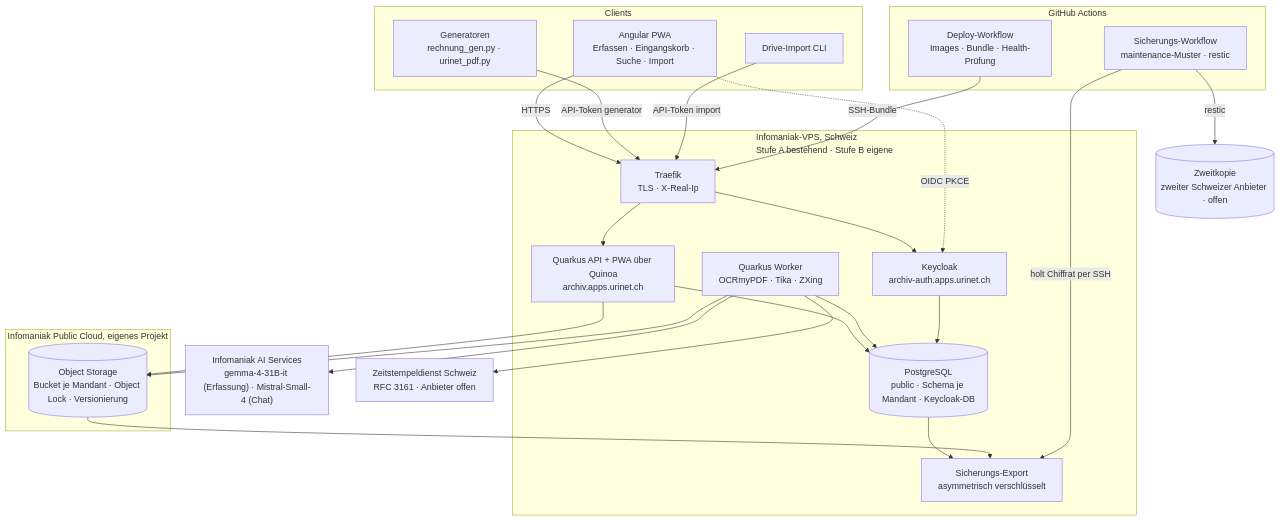
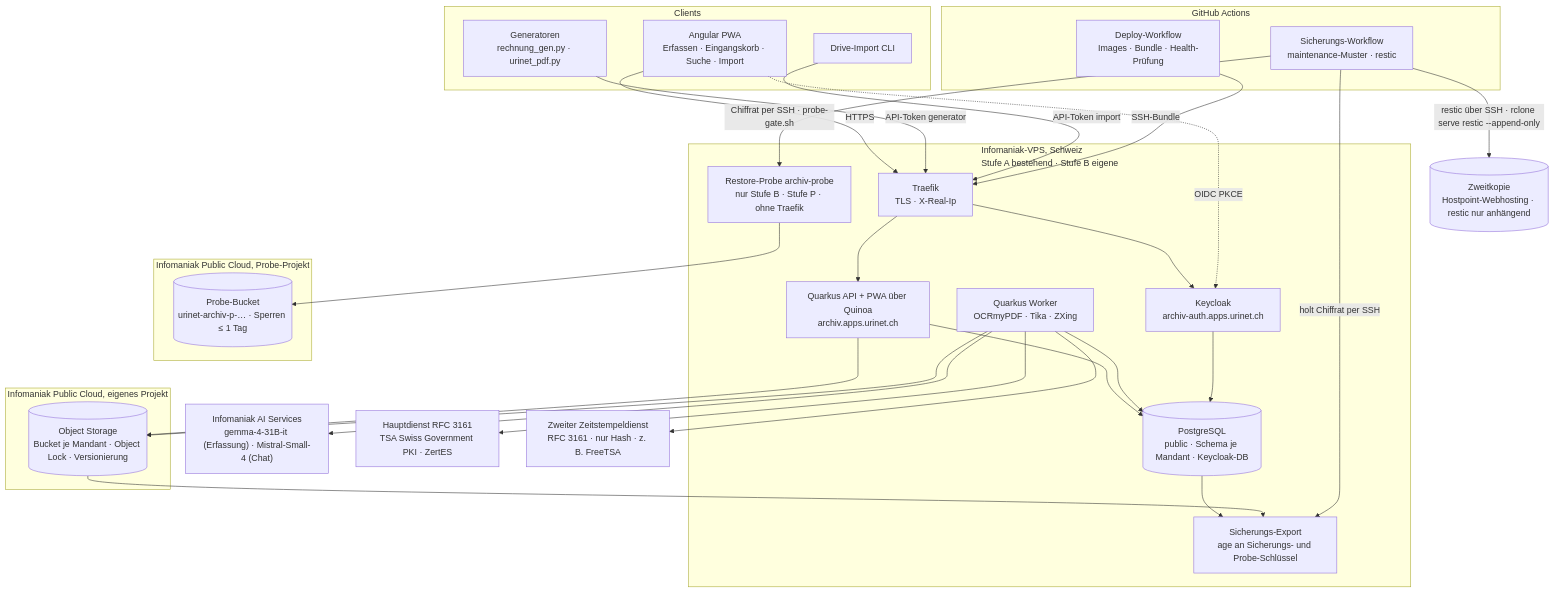
The first of 3 diagrams in .kiro/specs/01-archiv-kern/design.md (Urinet-ch/dokumentenmanagement), drawn with Mermaid before and after one commit. The commit also changed other lines of this file and 12 other files, not shown here.

````diff
--- a/.kiro/specs/01-archiv-kern/design.md
+++ b/.kiro/specs/01-archiv-kern/design.md
@@ -31,44 +31,52 @@
 ```mermaid
 flowchart TB
   subgraph Clients
     PWA["Angular PWA<br/>Erfassen · Eingangskorb · Suche · Import"]
     GEN["Generatoren<br/>rechnung_gen.py · urinet_pdf.py"]
     CLI["Drive-Import CLI"]
   end
   subgraph GH["GitHub Actions"]
     DEP["Deploy-Workflow<br/>Images · Bundle · Health-Prüfung"]
     SIC["Sicherungs-Workflow<br/>maintenance-Muster · restic"]
   end
   subgraph VPS["Infomaniak-VPS, Schweiz<br/>Stufe A bestehend · Stufe B eigene"]
     TR["Traefik<br/>TLS · X-Real-Ip"]
     KC["Keycloak<br/>archiv-auth.apps.urinet.ch"]
     API["Quarkus API + PWA über Quinoa<br/>archiv.apps.urinet.ch"]
     WRK["Quarkus Worker<br/>OCRmyPDF · Tika · ZXing"]
     PG[("PostgreSQL<br/>public · Schema je Mandant · Keycloak-DB")]
-    EXP["Sicherungs-Export<br/>asymmetrisch verschlüsselt"]
+    EXP["Sicherungs-Export<br/>age an Sicherungs- und Probe-Schlüssel"]
+    PRB["Restore-Probe archiv-probe<br/>nur Stufe B · Stufe P · ohne Traefik"]
   end
   subgraph PC["Infomaniak Public Cloud, eigenes Projekt"]
     S3[("Object Storage<br/>Bucket je Mandant · Object Lock · Versionierung")]
   end
+  subgraph PP["Infomaniak Public Cloud, Probe-Projekt"]
+    S3P[("Probe-Bucket<br/>urinet-archiv-p-… · Sperren ≤ 1 Tag")]
+  end
   AI["Infomaniak AI Services<br/>gemma-4-31B-it (Erfassung) · Mistral-Small-4 (Chat)"]
-  TSA["Zeitstempeldienst Schweiz<br/>RFC 3161 · Anbieter offen"]
-  B2[("Zweitkopie<br/>zweiter Schweizer Anbieter · offen")]
+  TSA["Hauptdienst RFC 3161<br/>TSA Swiss Government PKI · ZertES"]
+  TSA2["Zweiter Zeitstempeldienst<br/>RFC 3161 · nur Hash · z. B. FreeTSA"]
+  B2[("Zweitkopie<br/>Hostpoint-Webhosting · restic nur anhängend")]
   PWA -->|HTTPS| TR
   GEN -->|"API-Token generator"| TR
   CLI -->|"API-Token import"| TR
   TR --> API
   TR --> KC
   PWA -.->|OIDC PKCE| KC
   API --> PG
   API --> S3
   WRK --> PG
   WRK --> S3
   WRK --> AI
   WRK --> TSA
+  WRK --> TSA2
   KC --> PG
   PG --> EXP
   S3 --> EXP
   DEP -->|SSH-Bundle| TR
   SIC -->|"holt Chiffrat per SSH"| EXP
-  SIC -->|restic| B2
+  SIC -->|"restic über SSH · rclone serve restic --append-only"| B2
+  SIC -->|"Chiffrat per SSH · probe-gate.sh"| PRB
+  PRB --> S3P
 ```
````
